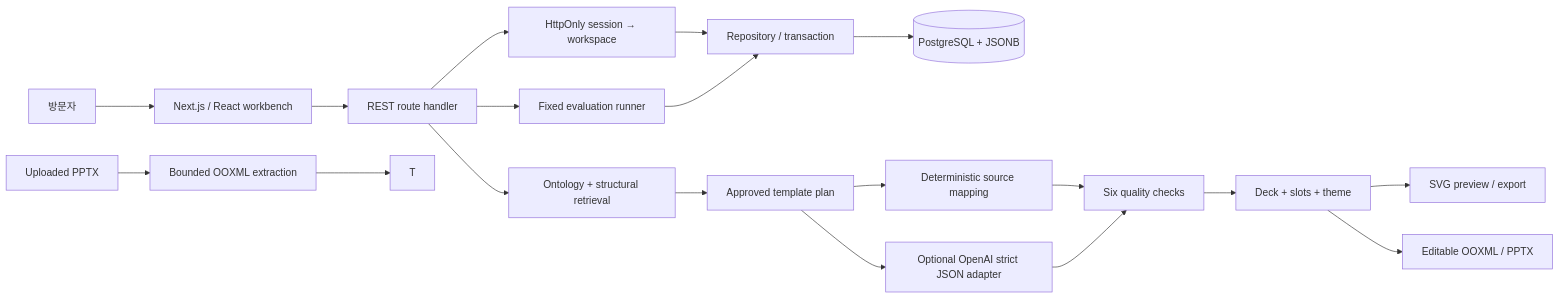
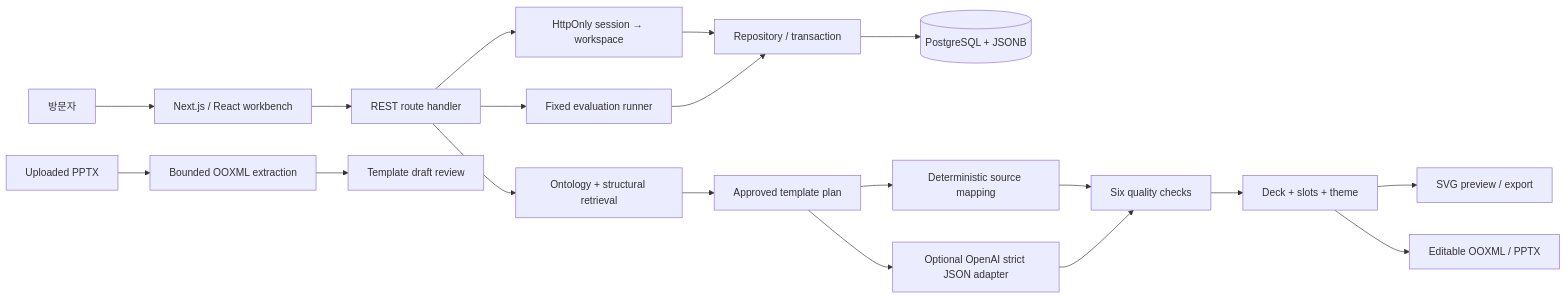
Before and after one commit to kwakhyun/slide-atlas: the diagram in docs/architecture.md, drawn with Mermaid. The commit also changed other lines of this file and 71 other files, not shown here.

````diff
--- a/docs/architecture.md
+++ b/docs/architecture.md
@@ -3,21 +3,21 @@
 ```mermaid
 flowchart LR
   U[방문자] --> W[Next.js / React workbench]
   W --> API[REST route handler]
   API --> S[HttpOnly session → workspace]
   S --> R[Repository / transaction]
   R --> PG[(PostgreSQL + JSONB)]
   API --> Search[Ontology + structural retrieval]
   Search --> Plan[Approved template plan]
   Plan --> D[Deterministic source mapping]
   Plan --> A[Optional OpenAI strict JSON adapter]
   D --> Q[Six quality checks]
   A --> Q
   Q --> Deck[Deck + slots + theme]
   Deck --> SVG[SVG preview / export]
   Deck --> PPTX[Editable OOXML / PPTX]
   SourcePPTX[Uploaded PPTX] --> Extract[Bounded OOXML extraction]
-  Extract --> T
+  Extract --> T[Template draft review]
   API --> E[Fixed evaluation runner]
   E --> R
 ```
````
